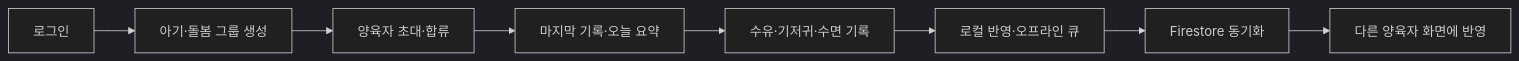
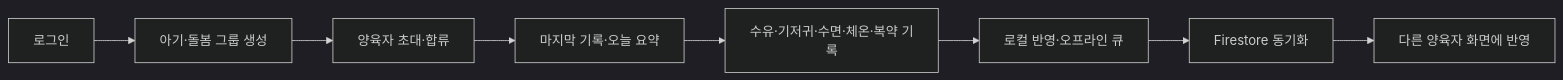
One commit to seorilabs/babycare changed the diagram in docs/01-planning/product-spec.md. Above: the diagram before and after it, drawn with Mermaid (dark theme). The commit also changed other lines of this file and 50 other files, not shown here.

````diff
--- a/docs/01-planning/product-spec.md
+++ b/docs/01-planning/product-spec.md
@@ -70,10 +70,10 @@
 ```mermaid
 flowchart LR
   Auth["로그인"] --> Setup["아기·돌봄 그룹 생성"]
   Setup --> Invite["양육자 초대·합류"]
   Invite --> Home["마지막 기록·오늘 요약"]
-  Home --> Record["수유·기저귀·수면 기록"]
+  Home --> Record["수유·기저귀·수면·체온·복약 기록"]
   Record --> Queue["로컬 반영·오프라인 큐"]
   Queue --> Firestore["Firestore 동기화"]
   Firestore --> Other["다른 양육자 화면에 반영"]
 ```
````
